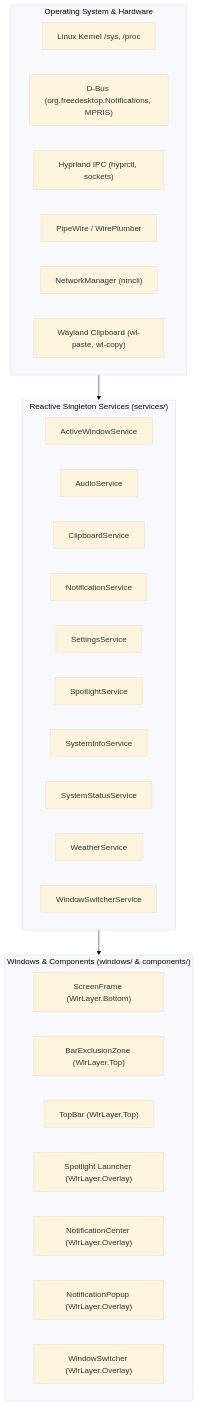
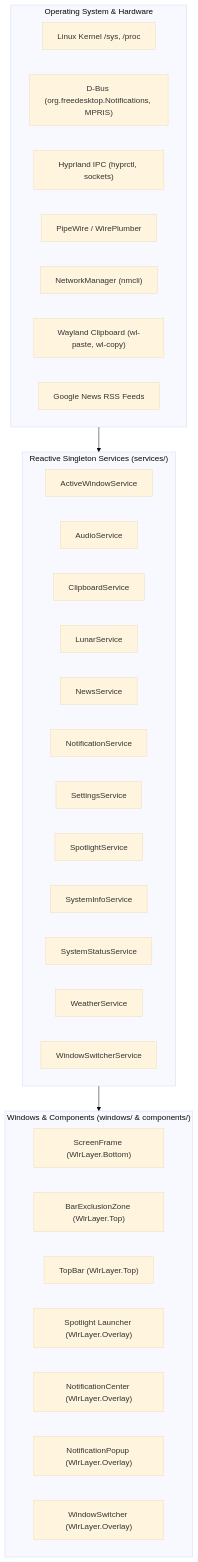
One commit to titoetoet/titonium-qs changed the diagram in ARCHITECTURE.md. Above: the diagram before and after it, drawn with Mermaid (base theme). The commit also changed other lines of this file and 33 other files, not shown here.

````diff
--- a/ARCHITECTURE.md
+++ b/ARCHITECTURE.md
@@ -9,37 +9,40 @@
 ```mermaid
 graph TD
     subgraph OS_Layer ["Operating System & Hardware"]
         HW["Linux Kernel /sys, /proc"]
         DBUS["D-Bus (org.freedesktop.Notifications, MPRIS)"]
         HYPR["Hyprland IPC (hyprctl, sockets)"]
         PW["PipeWire / WirePlumber"]
         NM["NetworkManager (nmcli)"]
         CLIP["Wayland Clipboard (wl-paste, wl-copy)"]
+        RSS["Google News RSS Feeds"]
     end
 
     subgraph Service_Layer ["Reactive Singleton Services (services/)"]
         ActiveWindowService
         AudioService
         ClipboardService
+        LunarService
+        NewsService
         NotificationService
         SettingsService
         SpotlightService
         SystemInfoService
         SystemStatusService
         WeatherService
         WindowSwitcherService
     end
 
     subgraph UI_Layer ["Windows & Components (windows/ & components/)"]
         ScreenFrame["ScreenFrame (WlrLayer.Bottom)"]
         BarExclusion["BarExclusionZone (WlrLayer.Top)"]
         TopBar["TopBar (WlrLayer.Top)"]
         Spotlight["Spotlight Launcher (WlrLayer.Overlay)"]
         NotificationCenter["NotificationCenter (WlrLayer.Overlay)"]
         NotificationPopup["NotificationPopup (WlrLayer.Overlay)"]
         WindowSwitcher["WindowSwitcher (WlrLayer.Overlay)"]
     end
 
     OS_Layer --> Service_Layer
     Service_Layer --> UI_Layer
 ```
````
